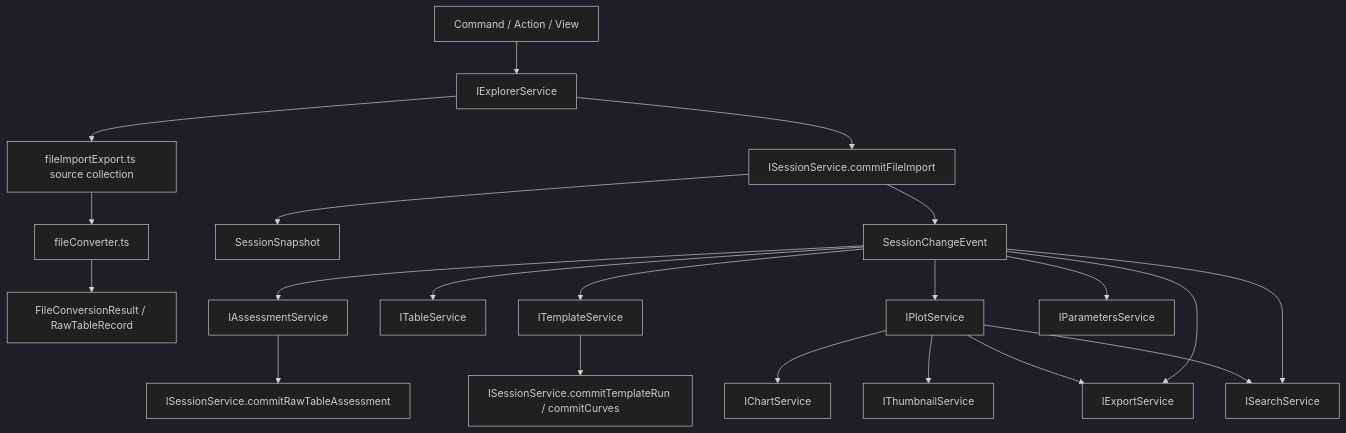
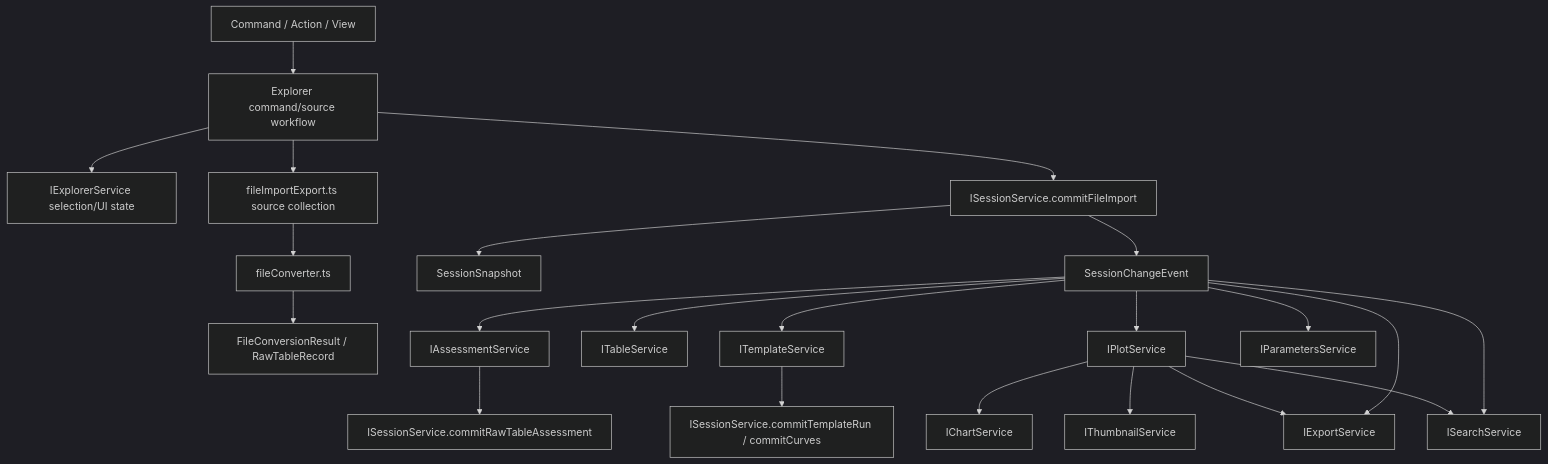
One commit to chogng/conductor changed the second of 8 diagrams in .github/instructions/architecture.instructions.md. Above: the diagram before and after it, drawn with Mermaid (dark theme). The commit also changed other lines of this file and 19 other files, not shown here.

First line of the commit message:
refactor: align chart and file session ownership

````diff
--- a/.github/instructions/architecture.instructions.md
+++ b/.github/instructions/architecture.instructions.md
@@ -451,28 +458,29 @@
 ```mermaid
 flowchart TD
-    User[Command / Action / View] --> Explorer[IExplorerService]
-    Explorer --> Import[fileImportExport.ts source collection]
+    User[Command / Action / View] --> FilesWorkflow[Explorer command/source workflow]
+    FilesWorkflow --> Explorer[IExplorerService selection/UI state]
+    FilesWorkflow --> Import[fileImportExport.ts source collection]
     Import --> Converter[fileConverter.ts]
     Converter --> Raw[FileConversionResult / RawTableRecord]
-    Explorer --> Session[ISessionService.commitFileImport]
+    FilesWorkflow --> Session[ISessionService.commitFileImport]
 
     Session --> Snapshot[SessionSnapshot]
     Session --> Events[SessionChangeEvent]
 
     Events --> Assessment[IAssessmentService]
     Assessment --> SessionAssess[ISessionService.commitRawTableAssessment]
 
     Events --> Table[ITableService]
     Events --> Template[ITemplateService]
     Template --> SessionTemplate[ISessionService.commitTemplateRun / commitCurves]
 
     Events --> Plot[IPlotService]
     Plot --> Chart[IChartService]
     Plot --> Thumbnail[IThumbnailService]
     Plot --> Export[IExportService]
     Plot --> Search[ISearchService]
 
     Events --> Parameters[IParametersService]
     Events --> Export
     Events --> Search
 ```
````
